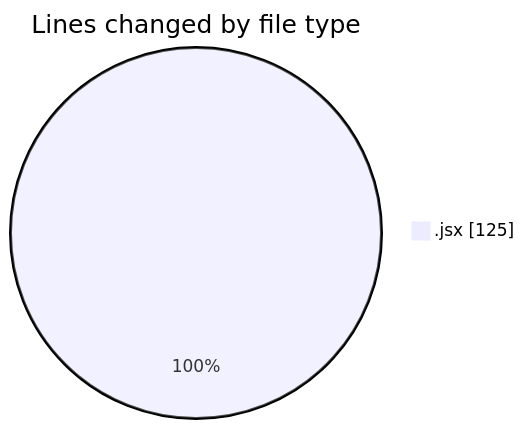
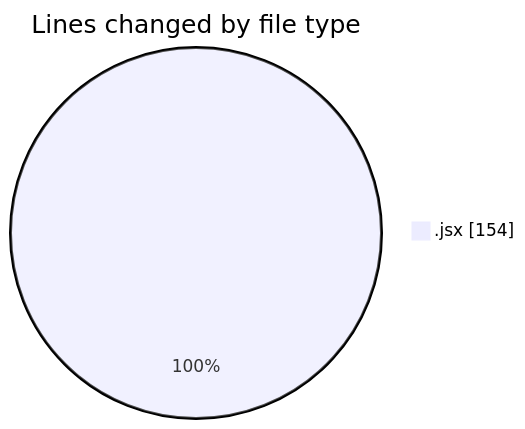
Before and after one commit to nxtqubesakshisongat/code-tracking: the first of 2 diagrams in 2025-05-12/argos-dev/README.md, drawn with Mermaid. The commit also changed other lines of this file and 1 other file, not shown here.

````diff
--- a/2025-05-12/argos-dev/README.md
+++ b/2025-05-12/argos-dev/README.md
@@ -20,5 +20,5 @@
 ```mermaid
 pie showData
 title Lines changed by file type
-".jsx" : 125
+".jsx" : 154
 ```
````
